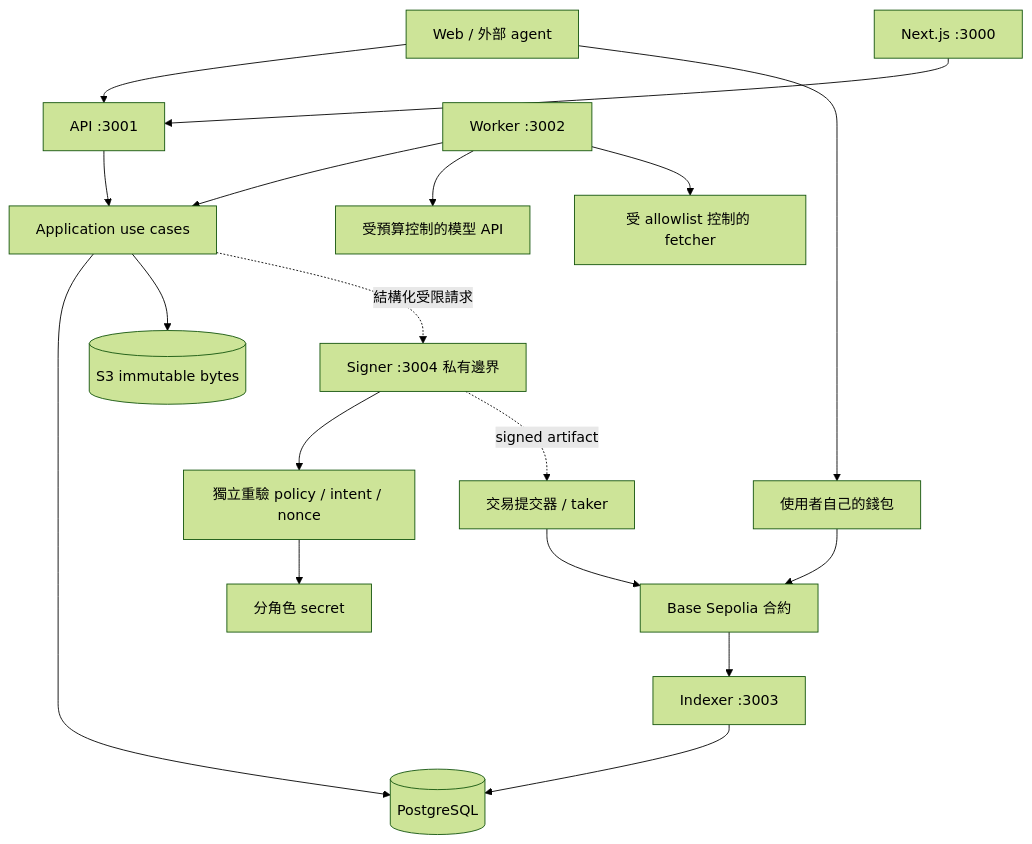
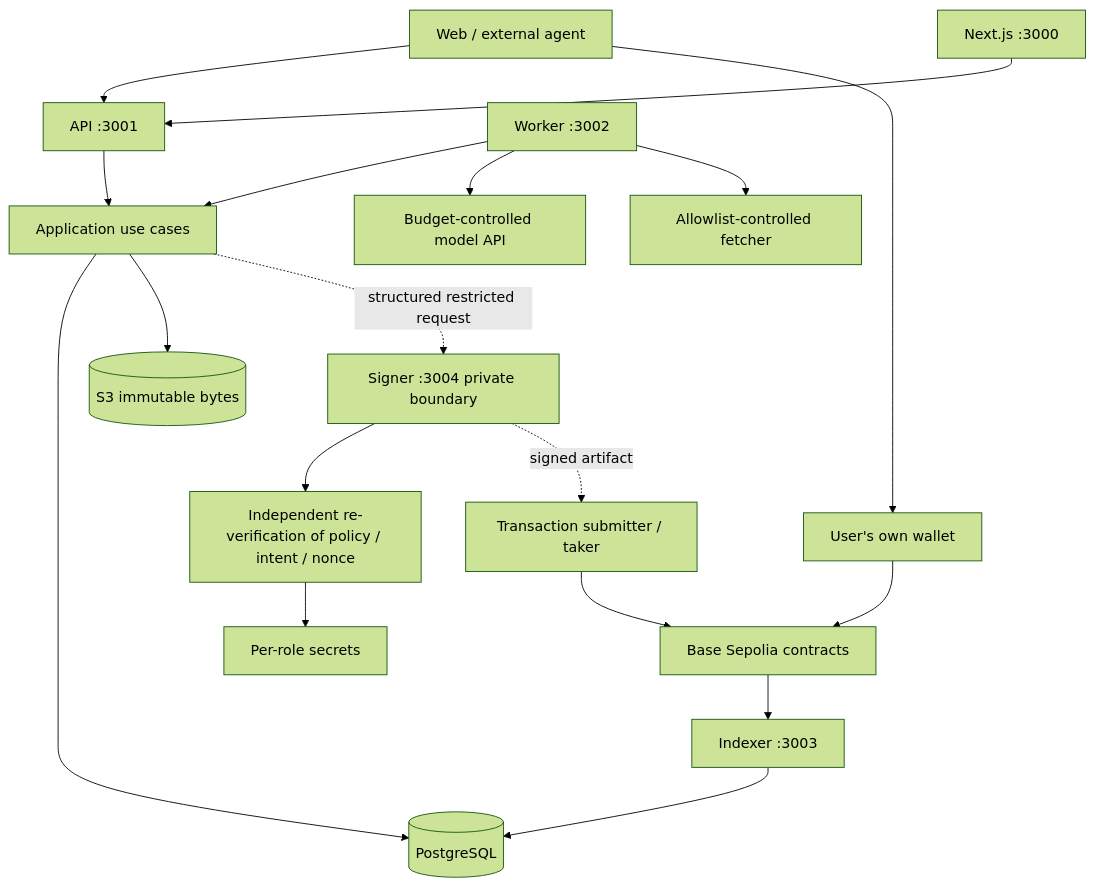
One commit to Blink-Markets/blinkmarket changed the first of 2 diagrams in docs/ARCHITECTURE.md. Above: the diagram before and after it, drawn with Mermaid (forest theme). The commit also changed other lines of this file and 54 other files, not shown here.

````diff
--- a/docs/ARCHITECTURE.md
+++ b/docs/ARCHITECTURE.md
@@ -15,20 +15,20 @@
 ```mermaid
 flowchart TB
-  Browser[Web / 外部 agent] --> API[API :3001]
-  Browser --> Wallet[使用者自己的錢包]
-  Wallet --> Chain[Base Sepolia 合約]
+  Browser[Web / external agent] --> API[API :3001]
+  Browser --> Wallet[User's own wallet]
+  Wallet --> Chain[Base Sepolia contracts]
   Web[Next.js :3000] --> API
   API --> App[Application use cases]
   Worker[Worker :3002] --> App
   App --> DB[(PostgreSQL)]
   App --> Objects[(S3 immutable bytes)]
-  Worker --> Models[受預算控制的模型 API]
-  Worker --> Fetch[受 allowlist 控制的 fetcher]
-  App -.結構化受限請求.-> Signer[Signer :3004 私有邊界]
-  Signer --> Policy[獨立重驗 policy / intent / nonce]
-  Policy --> Keys[分角色 secret]
-  Signer -.signed artifact.-> Submit[交易提交器 / taker]
+  Worker --> Models[Budget-controlled model API]
+  Worker --> Fetch[Allowlist-controlled fetcher]
+  App -.structured restricted request.-> Signer[Signer :3004 private boundary]
+  Signer --> Policy[Independent re-verification of policy / intent / nonce]
+  Policy --> Keys[Per-role secrets]
+  Signer -.signed artifact.-> Submit[Transaction submitter / taker]
   Submit --> Chain
   Chain --> Indexer[Indexer :3003]
   Indexer --> DB
 ```
````
